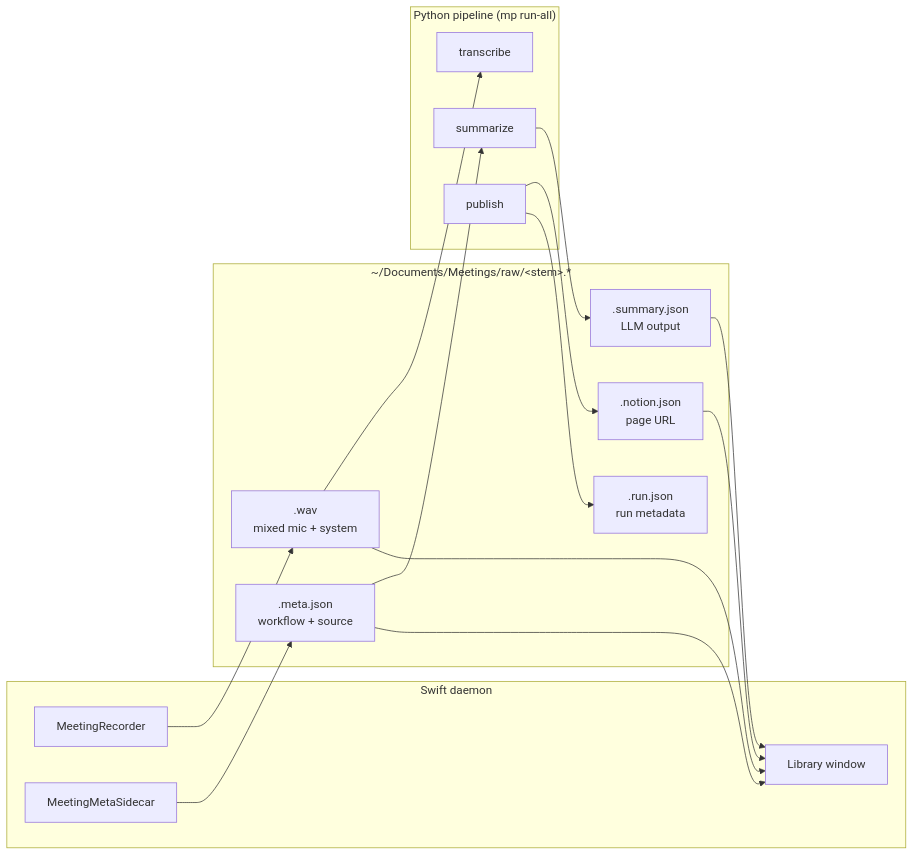
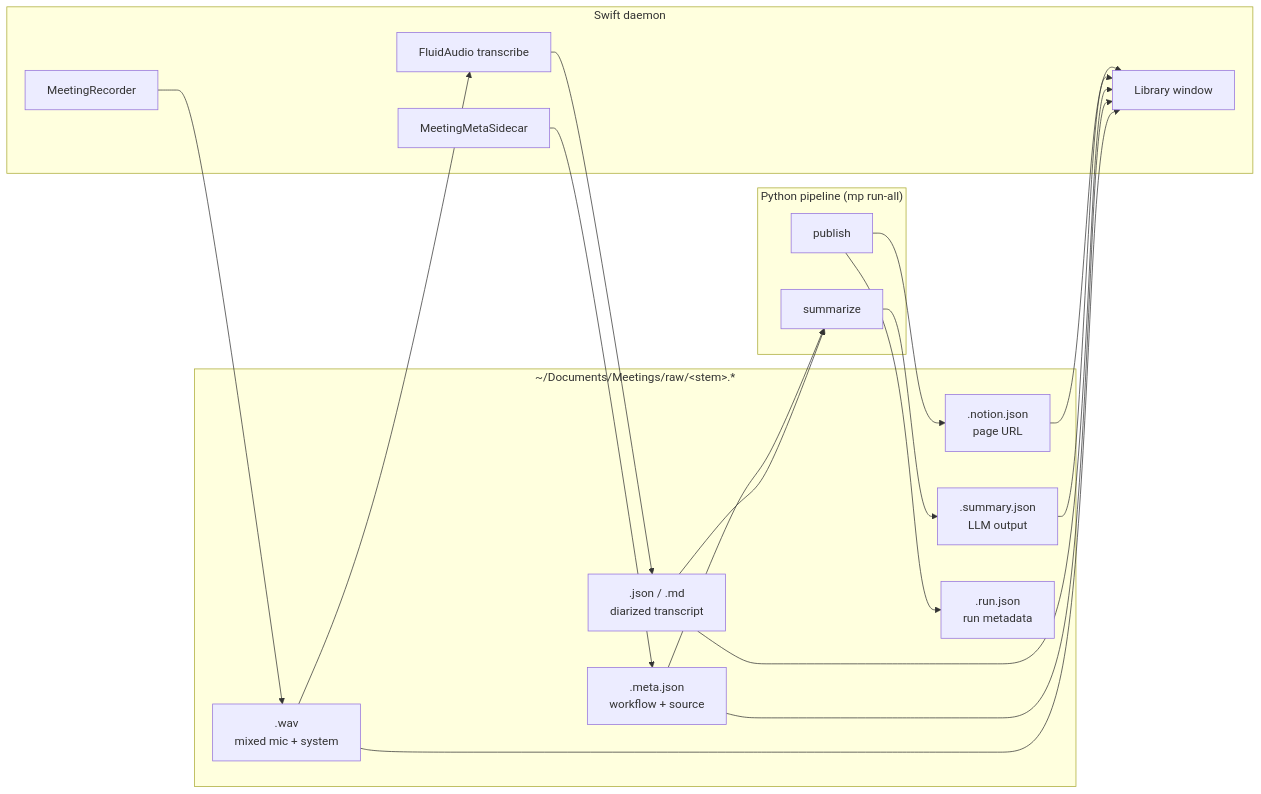
One commit to ggegelya/meeting-pipe changed the fourth of 5 diagrams in ARCHITECTURE.md. Above: the diagram before and after it, drawn with Mermaid. The commit also changed other lines of this file and 5 other files, not shown here.

First line of the commit message:
docs: align architecture and convention docs with current subsystems

````diff
--- a/ARCHITECTURE.md
+++ b/ARCHITECTURE.md
@@ -144,34 +149,38 @@
 ```mermaid
 flowchart LR
     subgraph DaemonSide["Swift daemon"]
         DR["MeetingRecorder"]
         DM["MeetingMetaSidecar"]
+        DT["FluidAudio transcribe"]
         DL["Library window"]
     end
 
     subgraph Files["~/Documents/Meetings/raw/&lt;stem&gt;.*"]
         WAV[".wav<br/>mixed mic + system"]
         META[".meta.json<br/>workflow + source"]
+        TRANSCRIPT[".json / .md<br/>diarized transcript"]
         SUMM[".summary.json<br/>LLM output"]
         NOT[".notion.json<br/>page URL"]
         RUN[".run.json<br/>run metadata"]
     end
 
     subgraph Pipe["Python pipeline (mp run-all)"]
-        PT["transcribe"]
         PS["summarize"]
         PP["publish"]
     end
 
     DR --> WAV
     DM --> META
-    WAV --> PT
+    WAV --> DT
+    DT --> TRANSCRIPT
+    TRANSCRIPT --> PS
     META --> PS
     PS --> SUMM
     PP --> NOT
     PP --> RUN
     WAV --> DL
     META --> DL
+    TRANSCRIPT --> DL
     SUMM --> DL
     NOT --> DL
 ```
````
